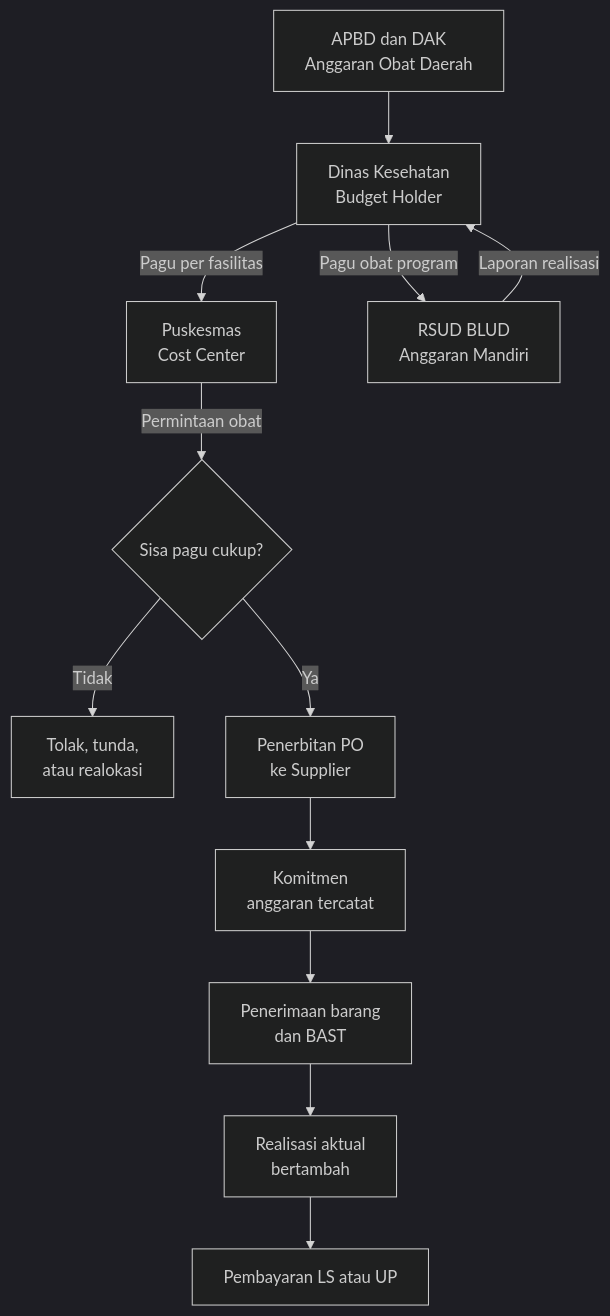
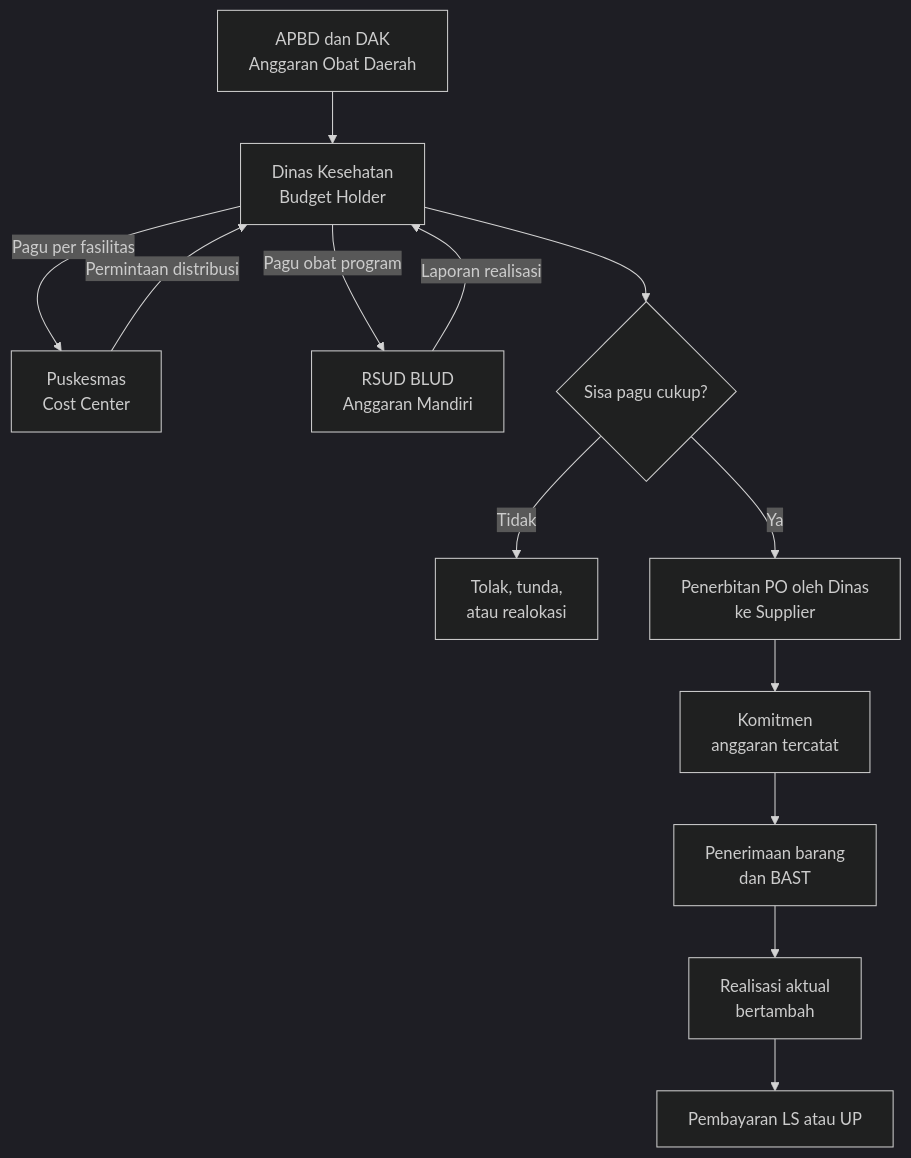
One commit to enginermagang-hue/dinkes changed the sixth of 11 diagrams in docs/PRD.md. Above: the diagram before and after it, drawn with Mermaid (dark theme). The commit also changed other lines of this file and 13 other files, not shown here.

First line of the commit message:
docs: sync PRD, data model, API contract, and diagrams

````diff
--- a/docs/PRD.md
+++ b/docs/PRD.md
@@ -784,14 +808,15 @@
 ```mermaid
 flowchart TD
     SUMBER["APBD dan DAK<br/>Anggaran Obat Daerah"] --> DINKES["Dinas Kesehatan<br/>Budget Holder"]
     DINKES -->|"Pagu per fasilitas"| PKM["Puskesmas<br/>Cost Center"]
     DINKES -->|"Pagu obat program"| RSUD["RSUD BLUD<br/>Anggaran Mandiri"]
-    PKM -->|"Permintaan obat"| CEK{"Sisa pagu cukup?"}
+    PKM -->|"Permintaan distribusi"| DINKES
+    DINKES --> CEK{"Sisa pagu cukup?"}
     CEK -->|"Tidak"| TINDAK["Tolak, tunda,<br/>atau realokasi"]
-    CEK -->|"Ya"| PO["Penerbitan PO<br/>ke Supplier"]
+    CEK -->|"Ya"| PO["Penerbitan PO oleh Dinas<br/>ke Supplier"]
     PO --> KOMIT["Komitmen<br/>anggaran tercatat"]
     KOMIT --> TERIMA["Penerimaan barang<br/>dan BAST"]
     TERIMA --> REALISASI["Realisasi aktual<br/>bertambah"]
     REALISASI --> BAYAR["Pembayaran LS atau UP"]
     RSUD -->|"Laporan realisasi"| DINKES
 ```
````
